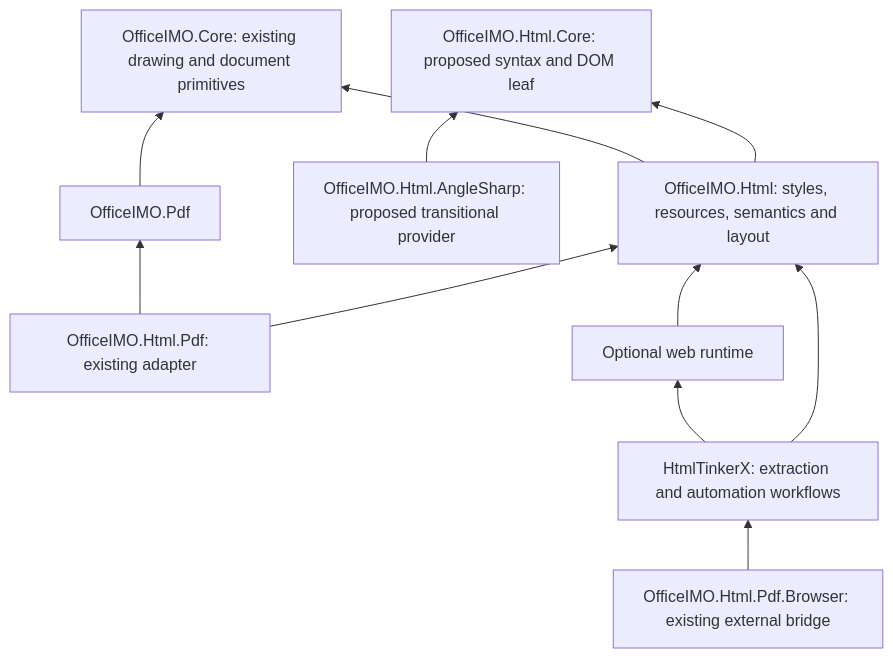
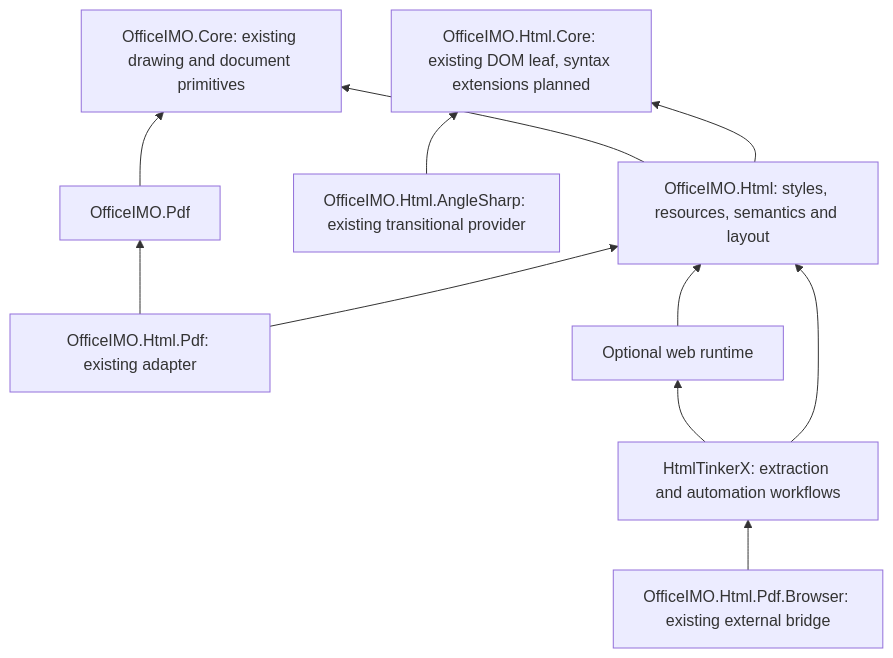
One commit to EvotecIT/OfficeIMO changed the first of 2 diagrams in Docs/officeimo.html-engine-design.md. Above: the diagram before and after it, drawn with Mermaid. The commit also changed other lines of this file and 11 other files, not shown here.

````diff
--- a/Docs/officeimo.html-engine-design.md
+++ b/Docs/officeimo.html-engine-design.md
@@ -50,15 +50,15 @@
 ```mermaid
 flowchart BT
-    HC[OfficeIMO.Html.Core: proposed syntax and DOM leaf]
+    HC[OfficeIMO.Html.Core: existing DOM leaf, syntax extensions planned]
     OC[OfficeIMO.Core: existing drawing and document primitives]
     H[OfficeIMO.Html: styles, resources, semantics and layout] --> HC
     H --> OC
-    A[OfficeIMO.Html.AngleSharp: proposed transitional provider] --> HC
+    A[OfficeIMO.Html.AngleSharp: existing transitional provider] --> HC
     P[OfficeIMO.Html.Pdf: existing adapter] --> H
     P --> PDF[OfficeIMO.Pdf]
     PDF --> OC
     T[HtmlTinkerX: extraction and automation workflows] --> H
     R[Optional web runtime] --> H
     T --> R
     B[OfficeIMO.Html.Pdf.Browser: existing external bridge] --> T
 ```
````
